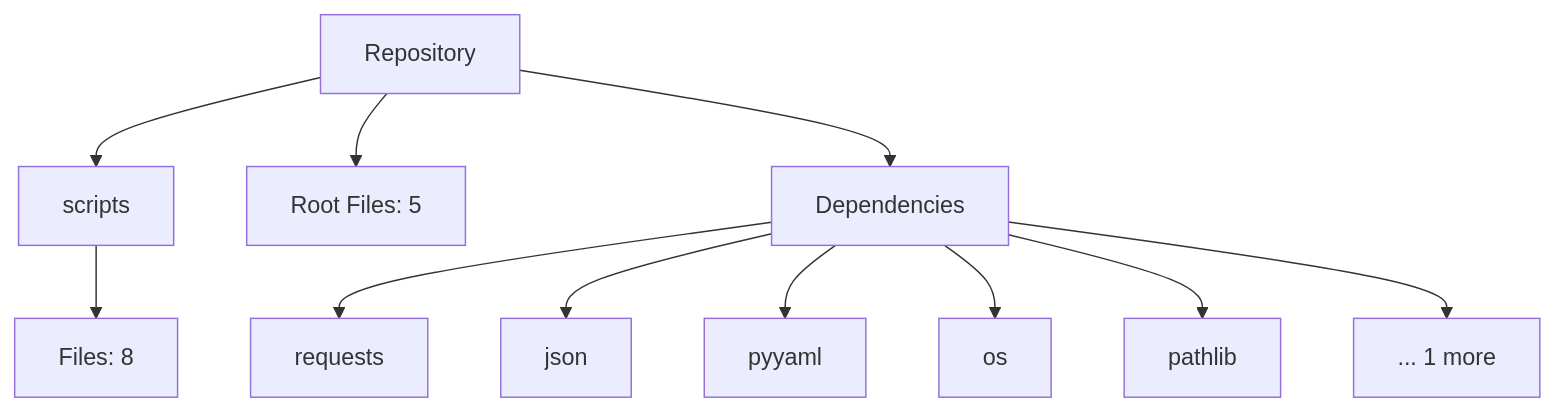
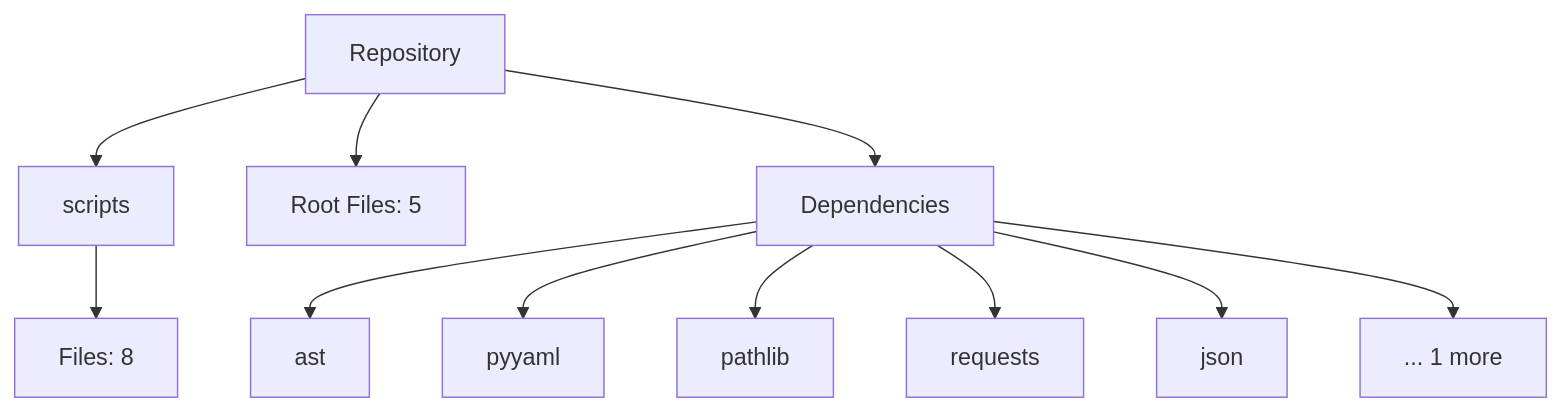
Before and after one commit to NITISH-R-G/Smart-Task-Tracker-macOS-Dark-Edition-: the diagram in scripts/diagrams/architecture.mermaid, drawn with Mermaid. The commit also changed 4 other files, not shown here.

Commit message:
docs(auto): Automatically update repository architecture and README

```diff
--- a/scripts/diagrams/architecture.mermaid
+++ b/scripts/diagrams/architecture.mermaid
@@ -1,12 +1,12 @@
 graph TD
     Root[Repository]
     Root --> scripts[scripts]
     scripts --> scripts_files[Files: 8]
     Root --> Root_files[Root Files: 5]
     Root --> Deps[Dependencies]
+    Deps --> ast[ast]
+    Deps --> pyyaml[pyyaml]
+    Deps --> pathlib[pathlib]
     Deps --> requests[requests]
     Deps --> json[json]
-    Deps --> pyyaml[pyyaml]
-    Deps --> os[os]
-    Deps --> pathlib[pathlib]
     Deps --> MoreDeps[... 1 more]
```
